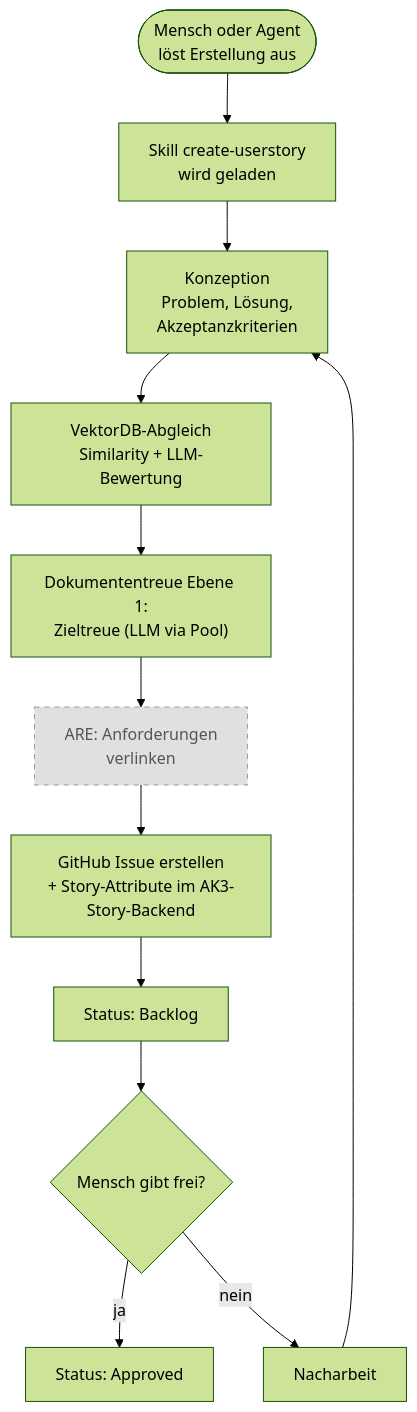
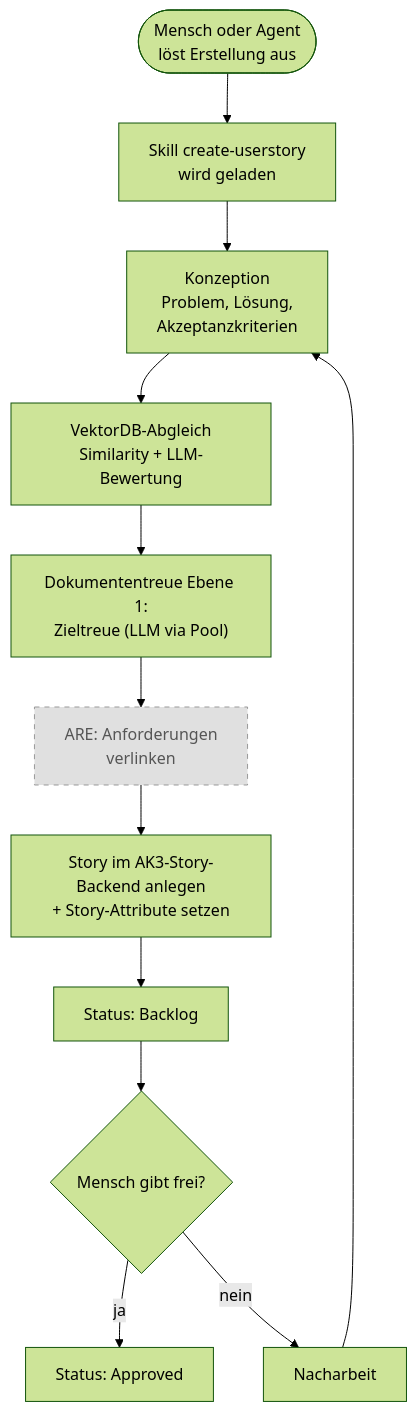
One commit to saltenhof/claude-agentkit3 changed the fourth of 4 diagrams in concept/technical-design/01_systemkontext_und_architekturprinzipien.md. Above: the diagram before and after it, drawn with Mermaid (forest theme). The commit also changed other lines of this file and 32 other files, not shown here.

First line of the commit message:
Konzept-Cleanup: GitHub Issues und GraphQL komplett entfernen

````diff
--- a/concept/technical-design/01_systemkontext_und_architekturprinzipien.md
+++ b/concept/technical-design/01_systemkontext_und_architekturprinzipien.md
@@ -497,16 +497,16 @@
 ```mermaid
 flowchart TD
     classDef optional fill:#e0e0e0,stroke:#999,stroke-dasharray: 5 5,color:#555
 
     TRIGGER(["Mensch oder Agent<br/>löst Erstellung aus"]) --> SKILL
     SKILL["Skill create-userstory<br/>wird geladen"] --> KONZEPT
     KONZEPT["Konzeption<br/>Problem, Lösung,<br/>Akzeptanzkriterien"] --> VEKTORDB
     VEKTORDB["VektorDB-Abgleich<br/>Similarity + LLM-Bewertung"] --> ZIELTREUE
     ZIELTREUE["Dokumententreue Ebene 1:<br/>Zieltreue (LLM via Pool)"] --> ARE
     ARE["ARE: Anforderungen<br/>verlinken"]:::optional --> GITHUB
-    GITHUB["GitHub Issue erstellen<br/>+ Story-Attribute im AK3-Story-Backend"] --> BACKLOG
+    GITHUB["Story im AK3-Story-Backend anlegen<br/>+ Story-Attribute setzen"] --> BACKLOG
     BACKLOG["Status: Backlog"] --> FREIGABE
     FREIGABE{"Mensch gibt frei?"}
     FREIGABE -->|ja| FREI["Status: Approved"]
     FREIGABE -->|nein| REWORK["Nacharbeit"] --> KONZEPT
 ```
````
